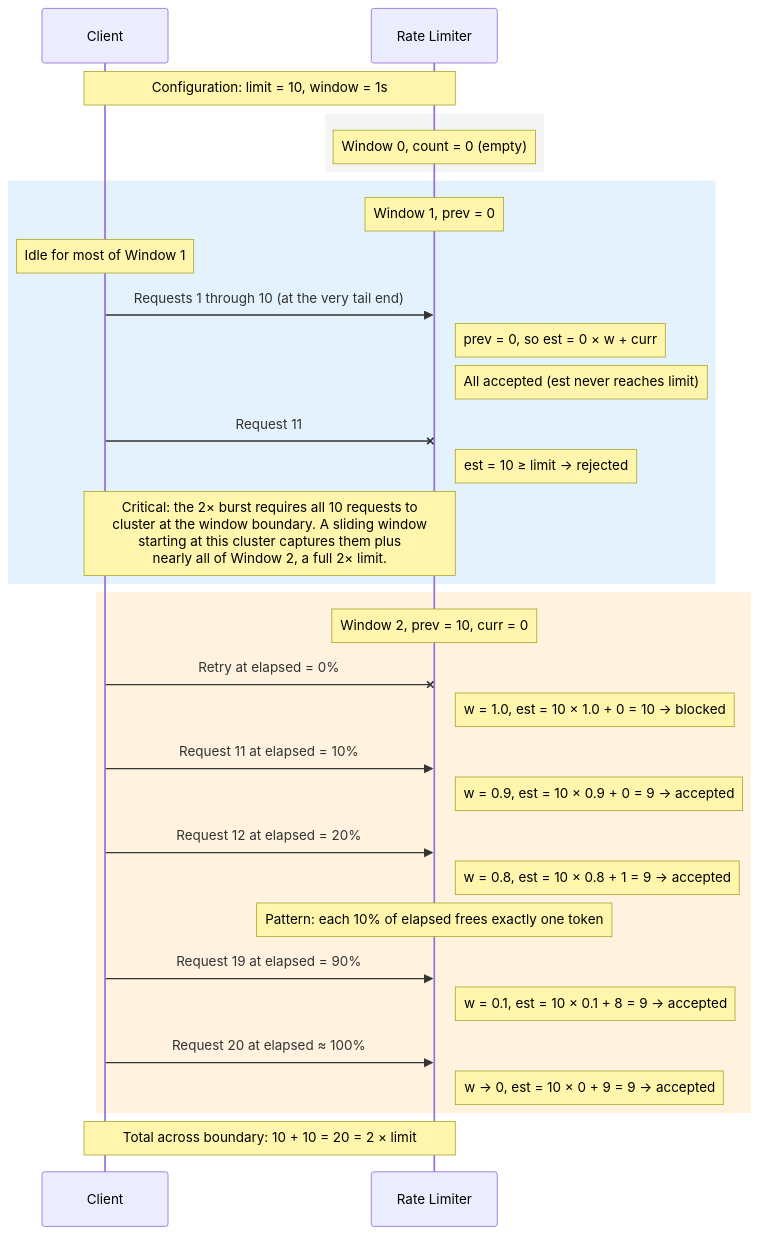
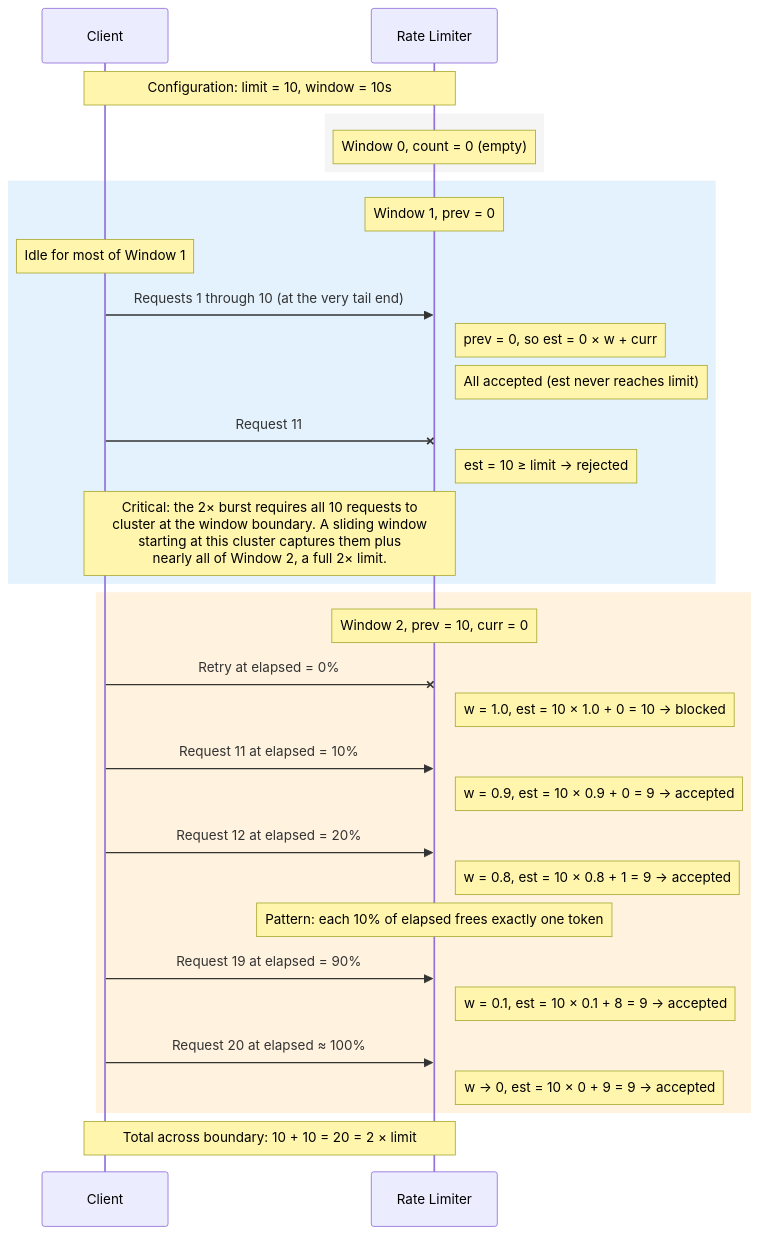
The third of 4 diagrams in docs/architecture/sliding-window.md (melroy999/redis-rate-limiter), drawn with Mermaid before and after one commit. The commit also changed 12 other files, not shown here.

````diff
--- a/docs/architecture/sliding-window.md
+++ b/docs/architecture/sliding-window.md
@@ -137,46 +137,46 @@
 ```mermaid
 %%{init: {"theme": "default", "themeVariables": {"lineColor": "#6e7781"}}}%%
 sequenceDiagram
     participant C as Client
     participant RL as Rate Limiter
 
-    Note over C,RL: Configuration: limit = 10, window = 1s
+    Note over C,RL: Configuration: limit = 10, window = 10s
 
     rect rgb(245, 245, 245)
         Note over RL: Window 0, count = 0 (empty)
     end
 
     rect rgb(227, 242, 253)
         Note over RL: Window 1, prev = 0
         Note over C: Idle for most of Window 1
         C->>RL: Requests 1 through 10 (at the very tail end)
         Note right of RL: prev = 0, so est = 0 × w + curr
         Note right of RL: All accepted (est never reaches limit)
         C-xRL: Request 11
         Note right of RL: est = 10 ≥ limit → rejected
         Note over C,RL: Critical: the 2× burst requires all 10 requests to<br>cluster at the window boundary. A sliding window<br>starting at this cluster captures them plus<br>nearly all of Window 2, a full 2× limit.
     end
 
     rect rgb(255, 243, 224)
         Note over RL: Window 2, prev = 10, curr = 0
 
         C-xRL: Retry at elapsed = 0%
         Note right of RL: w = 1.0, est = 10 × 1.0 + 0 = 10 → blocked
 
         C->>RL: Request 11 at elapsed = 10%
         Note right of RL: w = 0.9, est = 10 × 0.9 + 0 = 9 → accepted
 
         C->>RL: Request 12 at elapsed = 20%
         Note right of RL: w = 0.8, est = 10 × 0.8 + 1 = 9 → accepted
 
         Note over RL: Pattern: each 10% of elapsed frees exactly one token
 
         C->>RL: Request 19 at elapsed = 90%
         Note right of RL: w = 0.1, est = 10 × 0.1 + 8 = 9 → accepted
 
         C->>RL: Request 20 at elapsed ≈ 100%
         Note right of RL: w → 0, est = 10 × 0 + 9 = 9 → accepted
     end
 
     Note over C,RL: Total across boundary: 10 + 10 = 20 = 2 × limit
 ```
````
